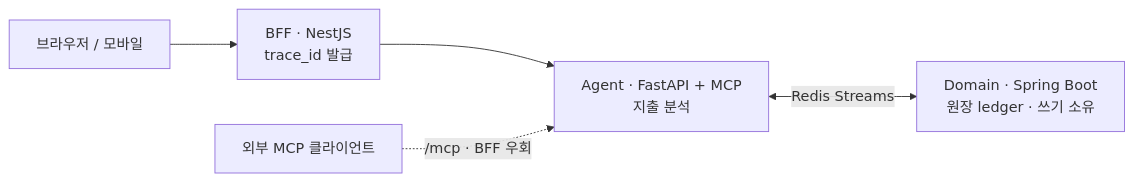
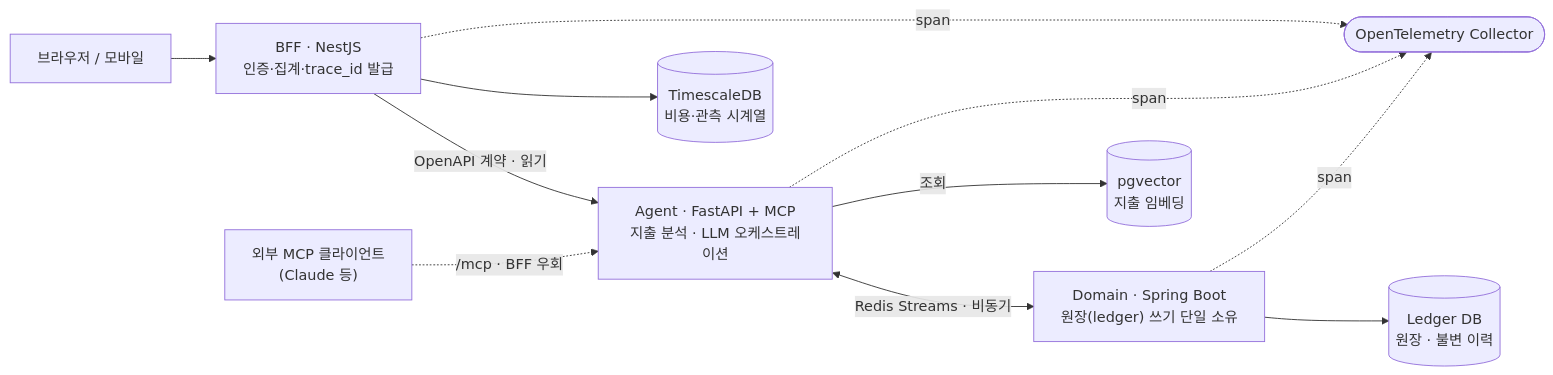
Before and after one commit to jiyean99/jiyean99: the first of 5 diagrams in docs/finance-agent.md, drawn with Mermaid. The commit also changed other lines of this file and 1 other file, not shown here.

````diff
--- a/docs/finance-agent.md
+++ b/docs/finance-agent.md
@@ -15,7 +24,13 @@
 ```mermaid
 flowchart LR
-  U["브라우저 / 모바일"] --> BFF["BFF · NestJS<br/>trace_id 발급"]
-  BFF --> AGENT["Agent · FastAPI + MCP<br/>지출 분석"]
-  MCPC["외부 MCP 클라이언트"] -.->|"/mcp · BFF 우회"| AGENT
-  AGENT <-->|"Redis Streams"| DOMAIN["Domain · Spring Boot<br/>원장 ledger · 쓰기 소유"]
+  U["브라우저 / 모바일"] --> BFF["BFF · NestJS<br/>인증·집계·trace_id 발급"]
+  MCPC["외부 MCP 클라이언트<br/>(Claude 등)"] -.->|"/mcp · BFF 우회"| AGENT
+  BFF -->|"OpenAPI 계약 · 읽기"| AGENT["Agent · FastAPI + MCP<br/>지출 분석 · LLM 오케스트레이션"]
+  AGENT <-->|"Redis Streams · 비동기"| DOMAIN["Domain · Spring Boot<br/>원장(ledger) 쓰기 단일 소유"]
+  AGENT -->|"조회"| VDB[("pgvector<br/>지출 임베딩")]
+  DOMAIN --> LDG[("Ledger DB<br/>원장 · 불변 이력")]
+  BFF --> OBS[("TimescaleDB<br/>비용·관측 시계열")]
+  BFF -. "span" .-> OTEL(["OpenTelemetry Collector"])
+  AGENT -. "span" .-> OTEL
+  DOMAIN -. "span" .-> OTEL
 ```
````
